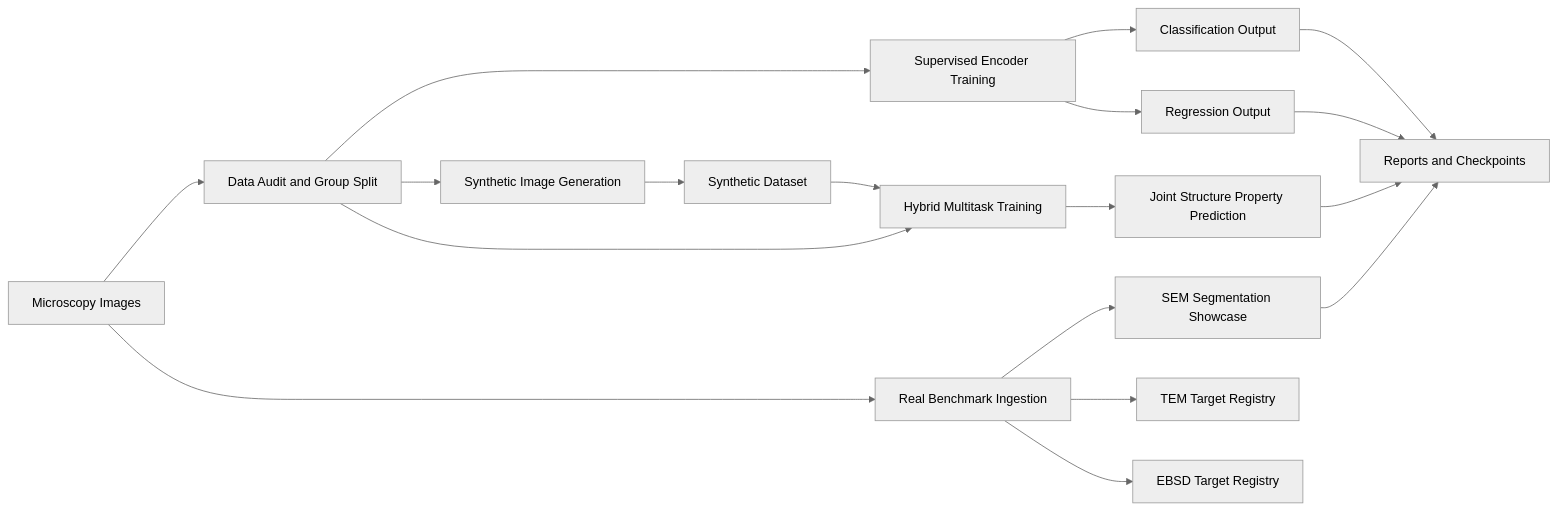
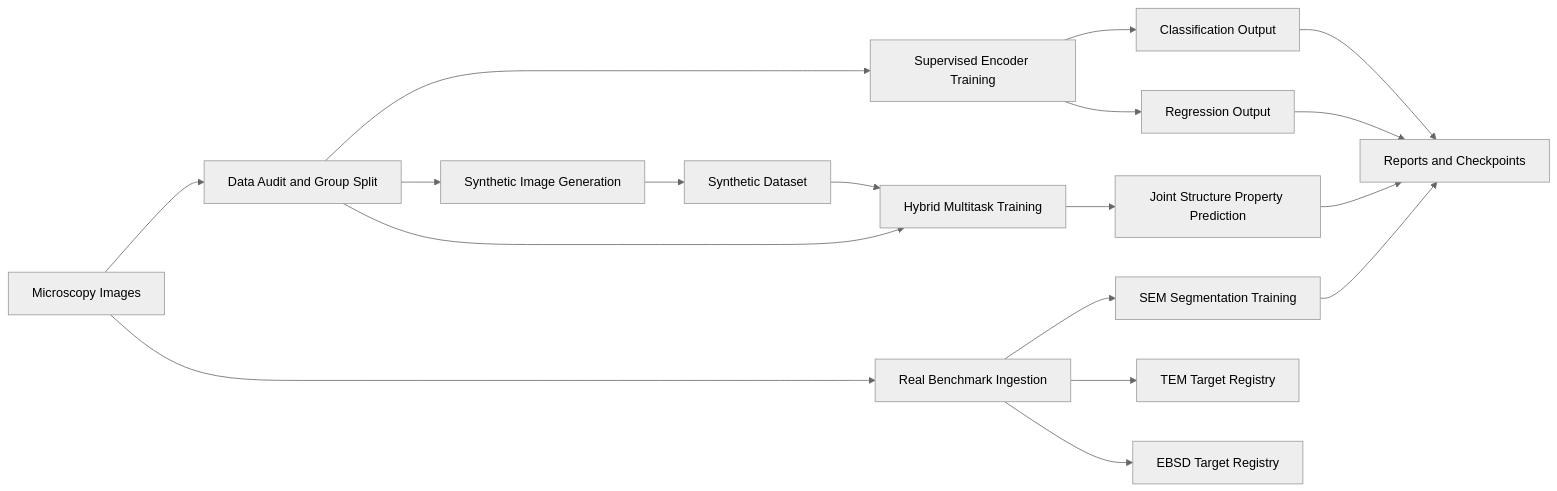
The diagram in README.md (Ghanshyambabariya/microscopy_cv_research), drawn with Mermaid (neutral theme) before and after one commit. The commit also changed other lines of this file and 11 other files, not shown here.

Commit message:
Add real NASA SEM segmentation baseline

````diff
--- a/README.md
+++ b/README.md
@@ -11,20 +11,20 @@
 ```mermaid
 flowchart LR
     A[Microscopy Images] --> B[Data Audit and Group Split]
     B --> C[Supervised Encoder Training]
     B --> D[Synthetic Image Generation]
     C --> E[Classification Output]
     C --> F[Regression Output]
     D --> G[Synthetic Dataset]
     G --> H[Hybrid Multitask Training]
     B --> H
     H --> I[Joint Structure Property Prediction]
     A --> K[Real Benchmark Ingestion]
-    K --> L[SEM Segmentation Showcase]
+    K --> L[SEM Segmentation Training]
     K --> M[TEM Target Registry]
     K --> N[EBSD Target Registry]
     L --> J[Reports and Checkpoints]
     E --> J
     F --> J
     I --> J
 ```
````
